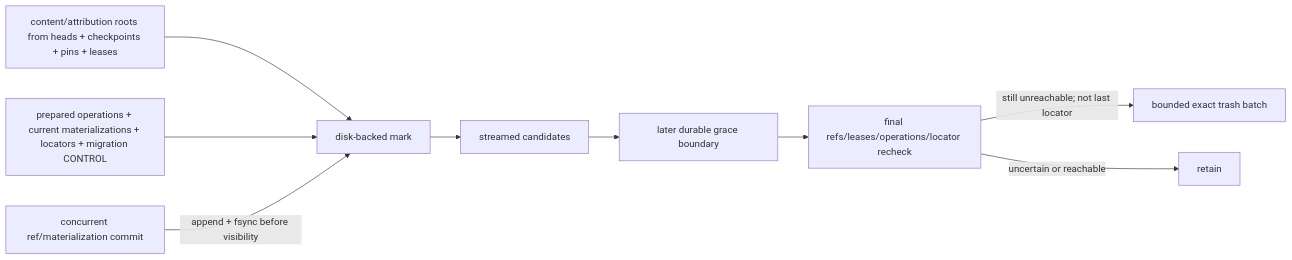
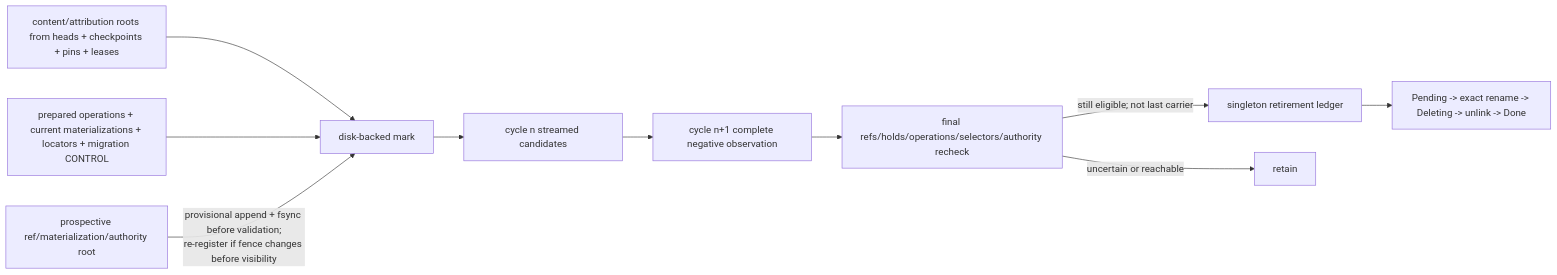
The sixth of 7 diagrams in implementation-plan/2.0 migration/phase 1/implementation/layerstack_storage_contract.md (Ephemeral-AI-Lab/ephemeral-sandbox-docs), drawn with Mermaid before and after one commit. The commit also changed other lines of this file and 11 other files, not shown here.

````diff
--- a/implementation-plan/2.0 migration/phase 1/implementation/layerstack_storage_contract.md
+++ b/implementation-plan/2.0 migration/phase 1/implementation/layerstack_storage_contract.md
@@ -532,11 +551,12 @@
 ```mermaid
 flowchart LR
     RR["content/attribution roots from heads + checkpoints + pins + leases"] --> MARK["disk-backed mark"]
     RO["prepared operations + current materializations + locators + migration CONTROL"] --> MARK
-    NEW["concurrent ref/materialization commit"] -->|"append + fsync before visibility"| MARK
-    MARK --> SWEEP["streamed candidates"]
-    SWEEP --> GRACE["later durable grace boundary"]
-    GRACE --> CHECK["final refs/leases/operations/locator recheck"]
-    CHECK -->|"still unreachable; not last locator"| TRASH["bounded exact trash batch"]
+    NEW["prospective ref/materialization/authority root"] -->|"provisional append + fsync before validation;<br/>re-register if fence changes before visibility"| MARK
+    MARK --> SWEEP["cycle n streamed candidates"]
+    SWEEP --> NEXT["cycle n+1 complete negative observation"]
+    NEXT --> CHECK["final refs/holds/operations/selectors/authority recheck"]
+    CHECK -->|"still eligible; not last carrier"| LEDGER["singleton retirement ledger"]
+    LEDGER --> TRASH["Pending -> exact rename -> Deleting -> unlink -> Done"]
     CHECK -->|"uncertain or reachable"| KEEP["retain"]
 ```
````
